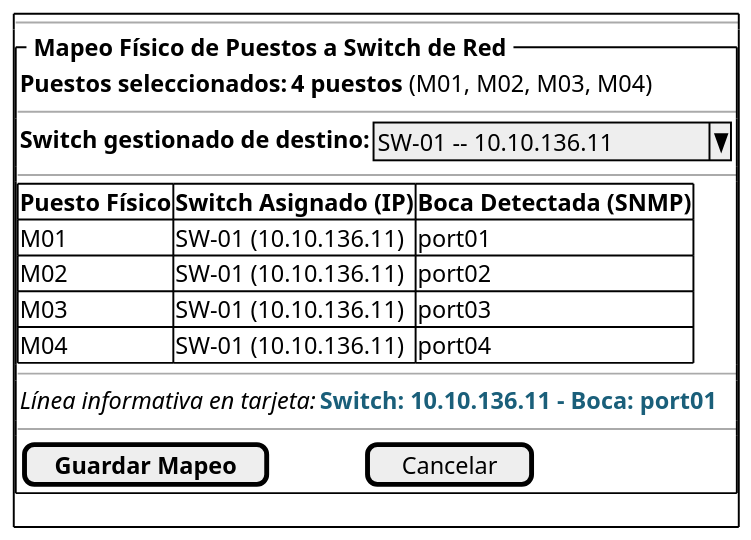
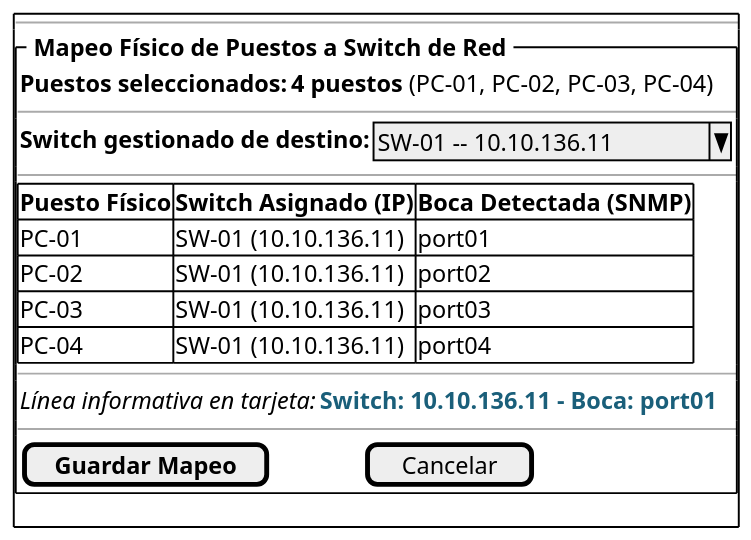
One commit to Carlos-Lima2510/mesh-panel changed the diagram in RUP/01-requisitos/01-detalle-casos-uso/asignarPuestosASwitch/wireframes.puml. Above: the diagram before and after it, drawn with PlantUML. The commit also changed 11 other files, not shown here.

```diff
--- a/RUP/01-requisitos/01-detalle-casos-uso/asignarPuestosASwitch/wireframes.puml
+++ b/RUP/01-requisitos/01-detalle-casos-uso/asignarPuestosASwitch/wireframes.puml
@@ -1,32 +1,32 @@
 @startsalt asignarPuestosASwitch-wireframe
 skinparam dpi 150
 skinparam defaultFontName sans-serif
 {+
   --
   {^"<b> Mapeo Físico de Puestos a Switch de Red </b>"
     {
-      <b>Puestos seleccionados:</b> | <b>4 puestos</b> (M01, M02, M03, M04)
+      <b>Puestos seleccionados:</b> | <b>4 puestos</b> (PC-01, PC-02, PC-03, PC-04)
     }
     --
     {
       <b>Switch gestionado de destino:</b> | ^SW-01 -- 10.10.136.11^
     }
     --
     {#
       <b>Puesto Físico</b> | <b>Switch Asignado (IP)</b> | <b>Boca Detectada (SNMP)</b>
-      M01 | SW-01 (10.10.136.11) | port01
-      M02 | SW-01 (10.10.136.11) | port02
-      M03 | SW-01 (10.10.136.11) | port03
-      M04 | SW-01 (10.10.136.11) | port04
+      PC-01 | SW-01 (10.10.136.11) | port01
+      PC-02 | SW-01 (10.10.136.11) | port02
+      PC-03 | SW-01 (10.10.136.11) | port03
+      PC-04 | SW-01 (10.10.136.11) | port04
     }
     --
     {
       <i>Línea informativa en tarjeta:</i> | <color:#1A5F7A><b>Switch: 10.10.136.11 - Boca: port01</b></color>
     }
     --
     {
       [ <b>Guardar Mapeo</b> ] | <color:transparent>________________________________________</color> | [ Cancelar ]
     }
   }
 }
 @endsalt
```
